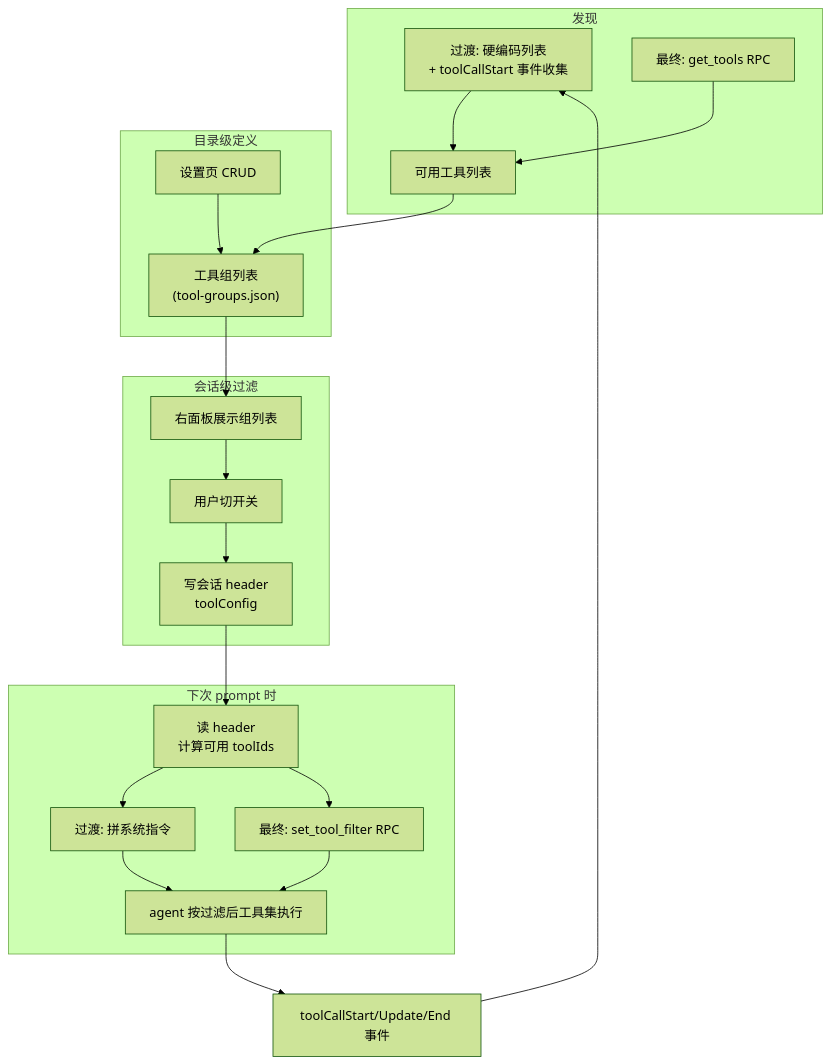
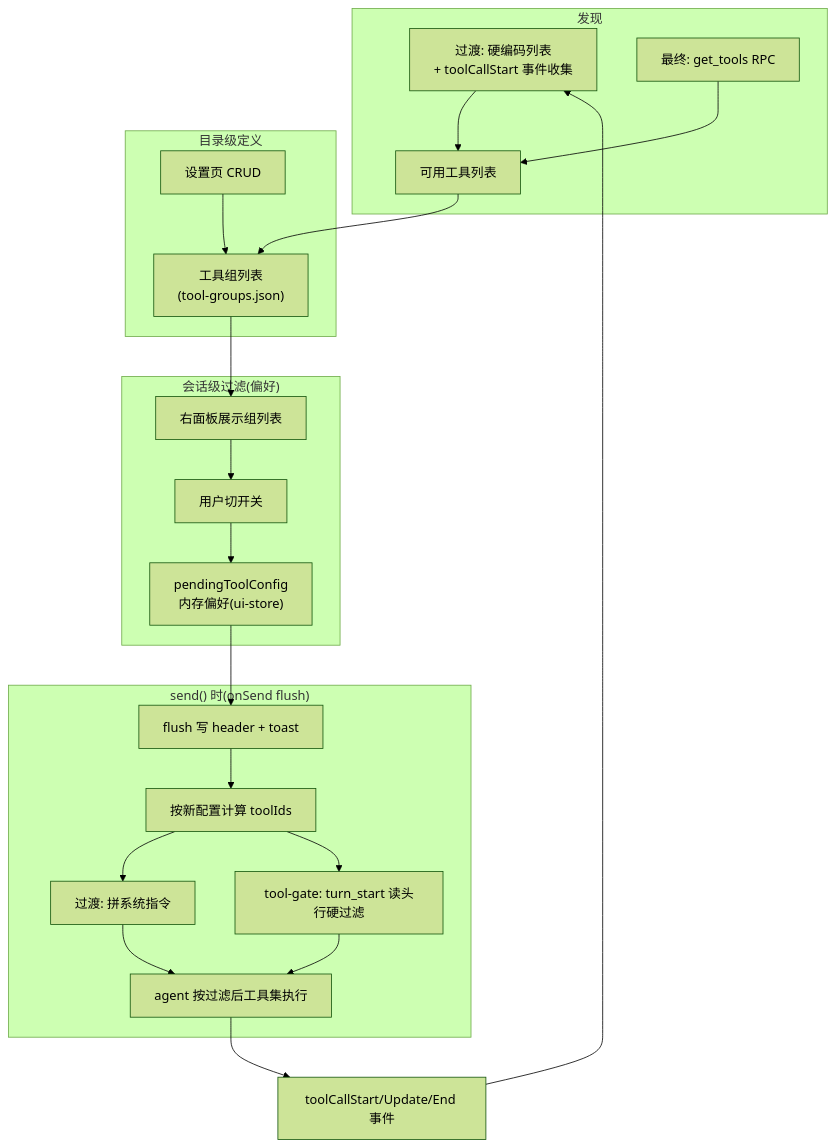
One commit to GOODDAYDAY/my-harness-desktop changed the first of 2 diagrams in docs/design/tool-manager-design.md. Above: the diagram before and after it, drawn with Mermaid (forest theme). The commit also changed other lines of this file and 13 other files, not shown here.

First line of the commit message:
feat(tool-manager): 工具过滤 onSend 化——开关只写内存偏好,send() 才 flush 落盘 + toast

````diff
--- a/docs/design/tool-manager-design.md
+++ b/docs/design/tool-manager-design.md
@@ -430,29 +432,30 @@
 ```mermaid
 flowchart TD
     subgraph 发现
         A["过渡: 硬编码列表<br/>+ toolCallStart 事件收集"] --> T["可用工具列表"]
         B["最终: get_tools RPC"] --> T
     end
 
     subgraph 定义["目录级定义"]
         T --> G["工具组列表<br/>(tool-groups.json)"]
         SET["设置页 CRUD"] --> G
     end
 
-    subgraph 过滤["会话级过滤"]
+    subgraph 过滤["会话级过滤(偏好)"]
         G --> R["右面板展示组列表"]
         R --> S["用户切开关"]
-        S --> H["写会话 header<br/>toolConfig"]
+        S --> PD["pendingToolConfig<br/>内存偏好(ui-store)"]
     end
 
-    subgraph 应用["下次 prompt 时"]
-        H --> CALC["读 header<br/>计算可用 toolIds"]
+    subgraph 应用["send() 时(onSend flush)"]
+        PD --> FL["flush 写 header + toast"]
+        FL --> CALC["按新配置计算 toolIds"]
         CALC --> SOFT["过渡: 拼系统指令"]
-        CALC --> HARD["最终: set_tool_filter RPC"]
+        CALC --> HARD["tool-gate: turn_start 读头行硬过滤"]
         SOFT --> AGENT["agent 按过滤后工具集执行"]
         HARD --> AGENT
     end
 
     AGENT --> EVT["toolCallStart/Update/End 事件"]
     EVT --> A
 ```
````
